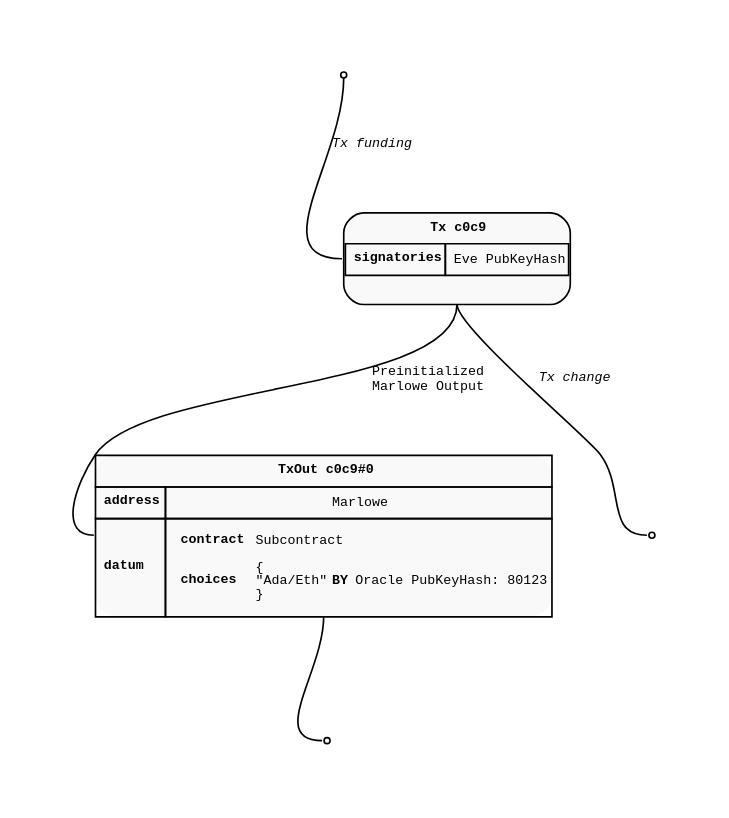
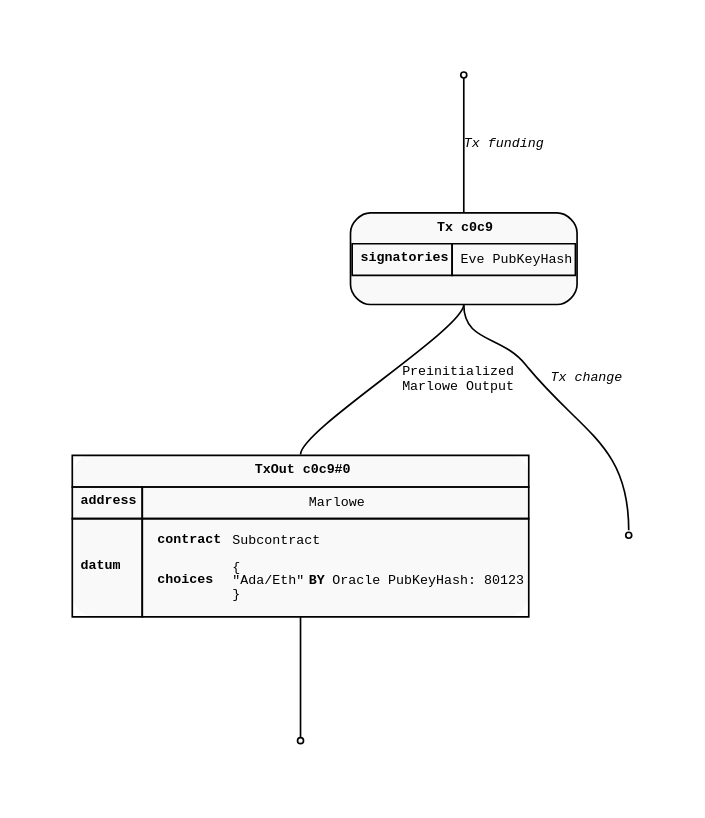
One commit to marlowe-lang/marlowe-oracle-protocol changed the diagram in diagrams/utxo-marlowe-choice-fake.dot. Above: the diagram before and after it, drawn with Graphviz. The commit also changed 22 other files, not shown here.

Commit message:
Actually make diagrams top-down

```diff
--- a/diagrams/utxo-marlowe-choice-fake.dot
+++ b/diagrams/utxo-marlowe-choice-fake.dot
@@ -1,140 +1,140 @@
 digraph Marlowe_Choice_Fake {
   rankdir=TD;
   graph [pad="0.5", nodesep="0.8", ranksep="1"];
   node [shape=rect, style="filled,rounded", fillcolor="#f9f9f9", fontname="Courier New", fontsize="8pt"];
-  edge [arrowhead=none, tailport="s", headport="w", color="#aaa", fontname="Courier New", fontsize="8pt"];
+  edge [arrowhead=none, tailport="s", headport="n", color="#aaa", fontname="Courier New", fontsize="8pt"];
 
   FundingOutput [shape=point];
 
   Tx [label=<
     <TABLE CELLSPACING="0" CELLPADDING="4" BORDER="1" CELLBORDER="0" style="rounded" color="#aaa">
       <TR>
         <TD colspan="2" align="center"><b>Tx c0c9</b></TD>
       </TR>
       <TR>
         <TD CELLPADDING="0">
           <TABLE CELLSPACING="0" CELLPADDING="4" BORDER="0" CELLBORDER="0">
             <TR>
               <TD border="1" align="center"><b>signatories</b></TD>
               <TD border="1" align="left">Eve PubKeyHash</TD>
             </TR>
             <TR>
               <TD collspan="2" align="center"> </TD>
             </TR>
           </TABLE>
         </TD>
       </TR>
     </TABLE>
   > color="#aaa" shape="plain"];
 
   FundingOutput -> Tx [label=<<i>Tx funding</i>>];
 
   MarloweOutput [label=<
     <TABLE CELLSPACING="0" CELLPADDING="4" BORDER="0" CELLBORDER="1" style="rounded" color="#aaa">
       <TR>
         <TD colspan="2" align="center"><b>TxOut c0c9#0</b></TD>
       </TR>
       <TR>
         <TD align="left"><b>address</b></TD>
         <TD>Marlowe</TD>
       </TR>
       <TR>
         <TD align="left"><b>datum</b></TD>
         <TD align="left" balign="left">
           <TABLE CELLSPACING="0" CELLPADDING="4" BORDER="0" CELLBORDER="0" style="rounded" color="#aaa">
             <TR>
               <TD align="left"><b>contract</b></TD>
               <TD align="left" balign="left">Subcontract</TD>
             </TR>
             <TR>
               <TD align="left"><b>choices</b></TD>
               <TD align="left" balign="left">{<br />"Ada/Eth" <b> BY</b>Oracle PubKeyHash: 80123<br/>}</TD>
             </TR>
           </TABLE>
         </TD>
       </TR>
       </TABLE>
   > shape="plain" border="1" color="#000"]
 
   Tx -> MarloweOutput [label=<Preinitialized<br/>Marlowe Output>];
 
   MarloweResultingThreadPoint [shape=point];
   MarloweOutput -> MarloweResultingThreadPoint;
 
   change [shape=point];
   Tx -> change [label=<<i>Tx change</i>>];
 }
 
 
 // digraph Marlowe_Choice_Fake {
 //   rankdir=TD;
 //   graph [pad="0.5", nodesep="0.8", ranksep="1"];
 //   node [shape="plain", style="filled", fillcolor="#e8e8e8", fontname="Courier New", fontsize="10pt"];
-//   edge [arrowhead=none, tailport="s", headport="w", color="#e8e8e8", penwidth="2", fontname="Courier New", fontsize="10pt"];
+//   edge [arrowhead=none, tailport="s", headport="n", color="#e8e8e8", penwidth="2", fontname="Courier New", fontsize="10pt"];
 // 
 //   Tx [label=<
 //     <TABLE CELLSPACING="0" CELLPADDING="4" BORDER="0" CELLBORDER="0" style="rounded" color="#fff">
 //       <TR>
 //         <TD colspan="2" align="center"><b>Tx 0302</b></TD>
 //       </TR>
 //       <TR>
 //         <TD CELLPADDING="0">
 //           <TABLE CELLSPACING="0" CELLPADDING="4" BORDER="0" CELLBORDER="0">
 //             <TR>
 //               <TD border="1" align="center"><b>signatories</b></TD>
 //               <TD border="1" align="left">Eve PubKeyHash</TD>
 //             </TR>
 //             <TR>
 //               <TD collspan="2" align="center"> </TD>
 //             </TR>
 //           </TABLE>
 //         </TD>
 //       </TR>
 //     </TABLE>
 //   >];
 // 
 //   funding [shape=point];
 // 
 //   funding -> Tx [label=<Eve 5 ADA <br/><i>Tx funding</i>>];
 // 
 // 
 //   info_out2 [label=<
 //     <TABLE CELLSPACING="0" CELLPADDING="4" BORDER="0" CELLBORDER="1" style="rounded" color="#fff">
 //       <TR>
 //         <TD colspan="2" align="center"><b>TxOut 119a#0</b></TD>
 //       </TR>
 //       <TR>
 //         <TD align="left"><b>address</b></TD>
 //         <TD>Marlowe Validator</TD>
 //       </TR>
 //       <TR>
 //         <TD align="left"><b>datum</b></TD>
 //         <TD align="left" balign="left" fontsize="10pt">
 //           <TABLE CELLSPACING="0" CELLPADDING="4" BORDER="0" CELLBORDER="0" style="rounded" color="#fff">
 //             <TR>
 //               <TD align="left"><b>contract</b></TD>
 //               <TD align="left" balign="left">Subcontract</TD>
 //             </TR>
 //             <TR>
 //               <TD align="left"><b>choices</b></TD>
 //               <TD>"Ada/Eth" <b> BY</b>Oracle PubKeyHash = 1</TD>
 //             </TR>
 //           </TABLE>
 //         </TD>
 //       </TR>
 //       </TABLE>
 //   > style="rounded, filled" fillcolor="#e8e8e8"];
 // 
 //   out2 [shape=point];
 // 
 //   Tx -> info_out2 [label=<
 //     Marlowe Output
 //   >];
 // 
 //   info_out2 -> out2;
 // 
 //   change [shape=point];
 //   Tx -> change [label=<Eve 4 ADA<br/><i>Tx change</i>>];
 // 
 // }
 // 
```
